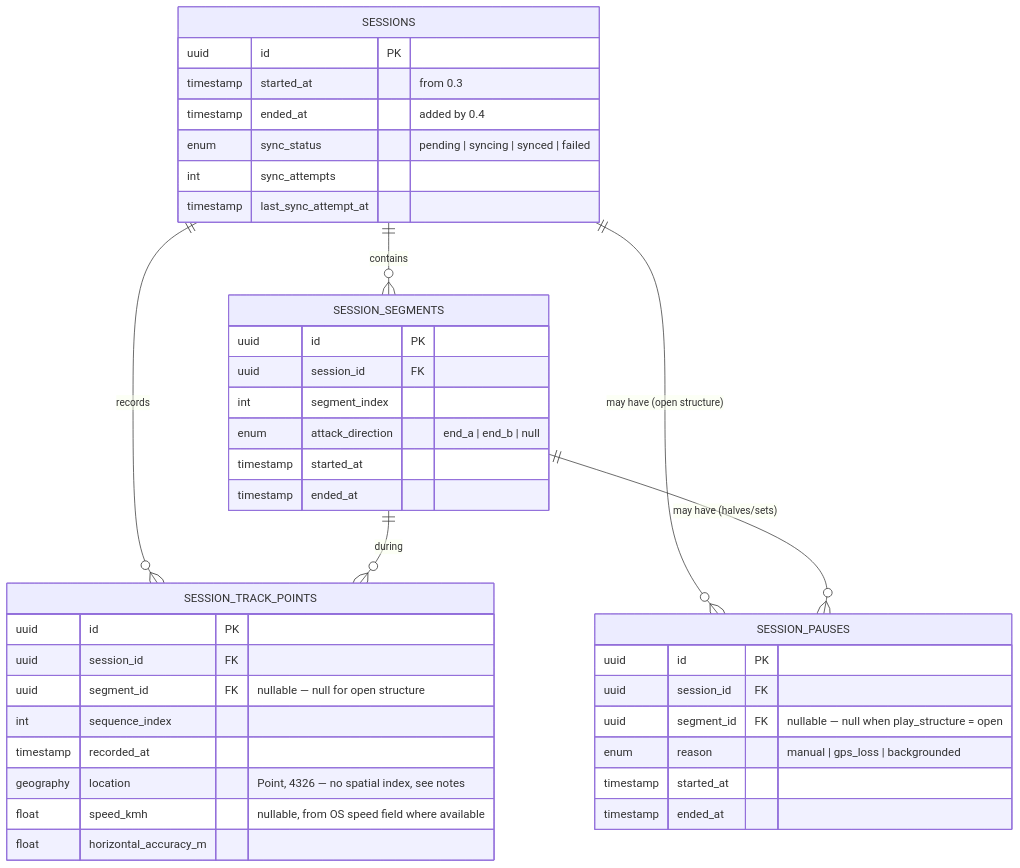
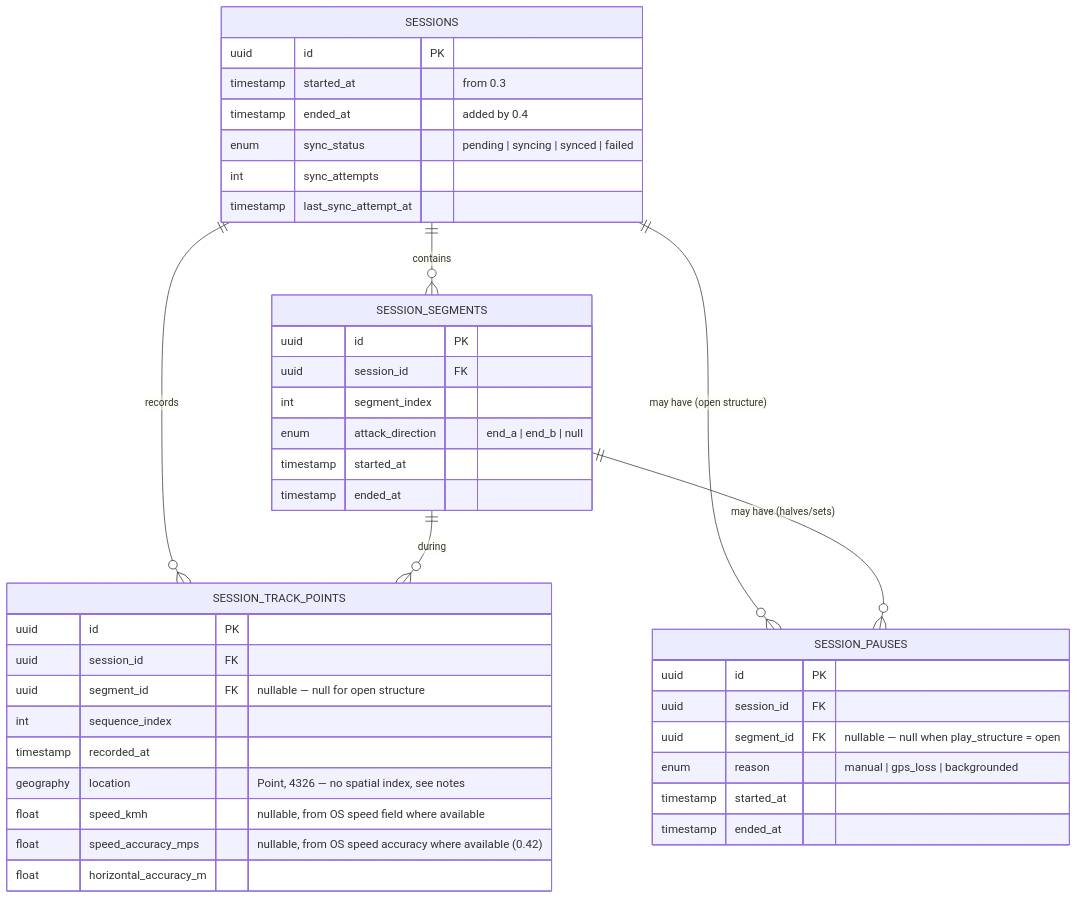
The second of 2 diagrams in docs/sys-des/M-0/0.4_eleven-gps-tracking-system-design-spec.md (Orololuwa/eleven-base), drawn with Mermaid before and after one commit. The commit also changed other lines of this file and 5 other files, not shown here.

First line of the commit message:
Add speed accuracy tracking to session model and schemas

````diff
--- a/docs/sys-des/M-0/0.4_eleven-gps-tracking-system-design-spec.md
+++ b/docs/sys-des/M-0/0.4_eleven-gps-tracking-system-design-spec.md
@@ -162,46 +162,47 @@
 ```mermaid
 erDiagram
     SESSIONS ||--o{ SESSION_SEGMENTS : contains
     SESSIONS ||--o{ SESSION_TRACK_POINTS : records
     SESSIONS ||--o{ SESSION_PAUSES : "may have (open structure)"
     SESSION_SEGMENTS ||--o{ SESSION_TRACK_POINTS : during
     SESSION_SEGMENTS ||--o{ SESSION_PAUSES : "may have (halves/sets)"
 
     SESSIONS {
         uuid id PK
         timestamp started_at "from 0.3"
         timestamp ended_at "added by 0.4"
         enum sync_status "pending | syncing | synced | failed"
         int sync_attempts
         timestamp last_sync_attempt_at
     }
 
     SESSION_SEGMENTS {
         uuid id PK
         uuid session_id FK
         int segment_index
         enum attack_direction "end_a | end_b | null"
         timestamp started_at
         timestamp ended_at
     }
 
     SESSION_TRACK_POINTS {
         uuid id PK
         uuid session_id FK
         uuid segment_id FK "nullable — null for open structure"
         int sequence_index
         timestamp recorded_at
         geography location "Point, 4326 — no spatial index, see notes"
         float speed_kmh "nullable, from OS speed field where available"
+        float speed_accuracy_mps "nullable, from OS speed accuracy where available (0.42)"
         float horizontal_accuracy_m
     }
 
     SESSION_PAUSES {
         uuid id PK
         uuid session_id FK
         uuid segment_id FK "nullable — null when play_structure = open"
         enum reason "manual | gps_loss | backgrounded"
         timestamp started_at
         timestamp ended_at
     }
 ```
````
